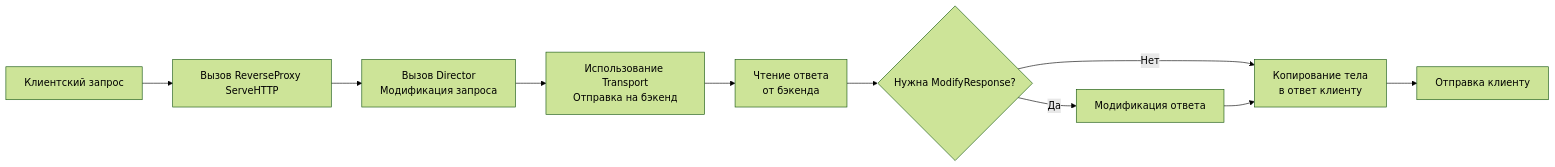
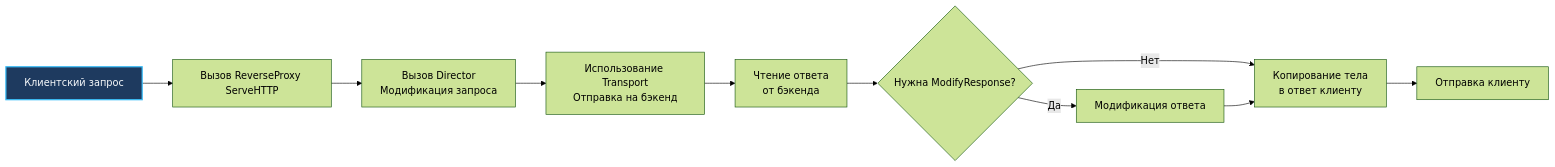
Before and after one commit to UnrealTemplier/go-textbook: the diagram in sources/9. Бэкенд на Go (Практика разработки)/39. Reverse proxy setup.md, drawn with Mermaid (forest theme). The commit also changed 1666 other files, not shown here.

First line of the commit message:
feat(mermaid): add semantic color classDef to 1369 colorless flowchart/graph diagrams

````diff
--- a/sources/9. Бэкенд на Go (Практика разработки)/39. Reverse proxy setup.md
+++ b/sources/9. Бэкенд на Go (Практика разработки)/39. Reverse proxy setup.md
@@ -17,12 +17,22 @@
 ```mermaid
 flowchart LR
-    A["Клиентский запрос"] --> B["Вызов ReverseProxy ServeHTTP"]
+    classDef process  fill:#1e293b,stroke:#38bdf8,stroke-width:1px,color:#f8fafc
+    classDef success  fill:#064e3b,stroke:#34d399,stroke-width:1px,color:#f8fafc
+    classDef error    fill:#7f1d1d,stroke:#f87171,stroke-width:1px,color:#f8fafc
+    classDef warning  fill:#78350f,stroke:#fbbf24,stroke-width:1px,color:#f8fafc
+    classDef entry    fill:#1e3a5f,stroke:#38bdf8,stroke-width:2px,color:#f8fafc
+    classDef aux      fill:#334155,stroke:#64748b,stroke-width:1px,color:#f8fafc
+    classDef system   fill:#312e81,stroke:#a78bfa,stroke-width:1px,color:#f8fafc
+    classDef data     fill:#132d29,stroke:#2dd4bf,stroke-width:1px,color:#f8fafc
+    classDef network  fill:#881337,stroke:#fb7185,stroke-width:1px,color:#f8fafc
+    classDef accent   fill:#1e1b4b,stroke:#818cf8,stroke-width:1px,color:#f8fafc
+    A["Клиентский запрос"]:::entry --> B["Вызов ReverseProxy ServeHTTP"]
     B --> C["Вызов Director<br>Модификация запроса"]
     C --> D["Использование Transport<br>Отправка на бэкенд"]
     D --> E["Чтение ответа<br>от бэкенда"]
     E --> F{"Нужна ModifyResponse?"}
     F -->|Да| G["Модификация ответа"]
     F -->|Нет| H["Копирование тела<br>в ответ клиенту"]
     G --> H
     H --> J["Отправка клиенту"]
 ```
````
